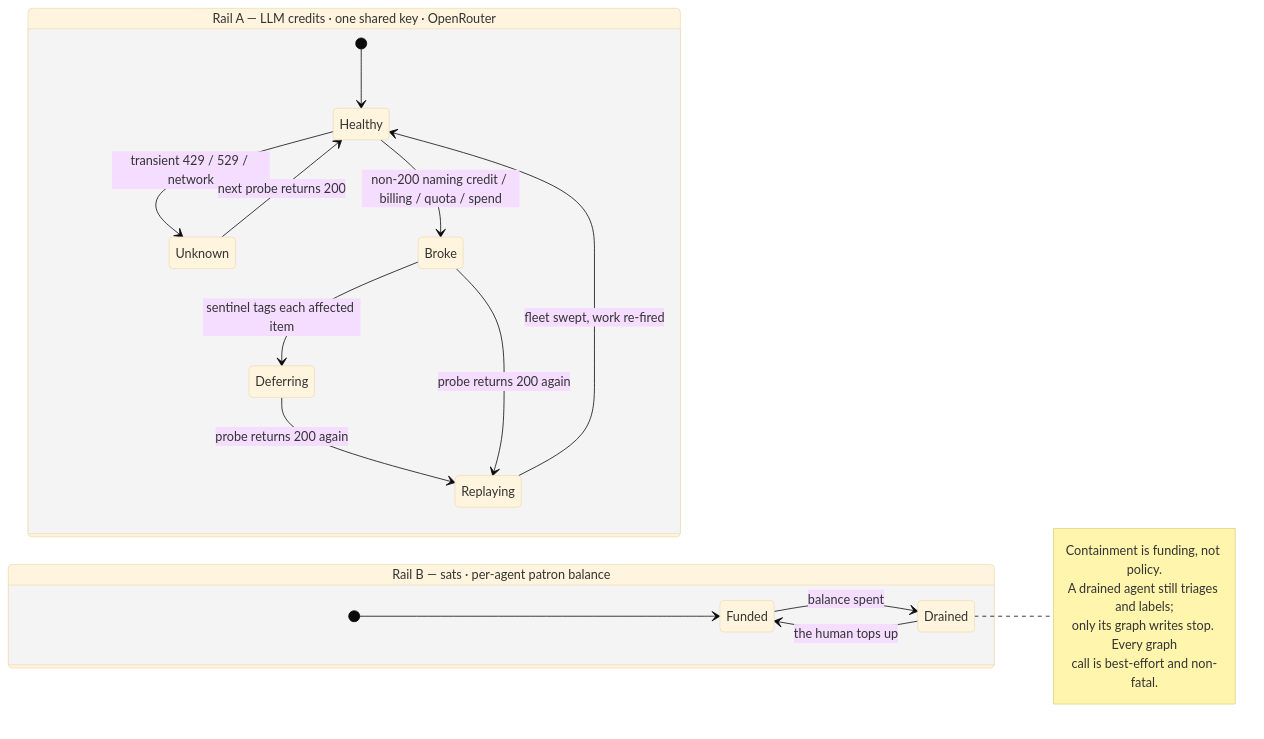
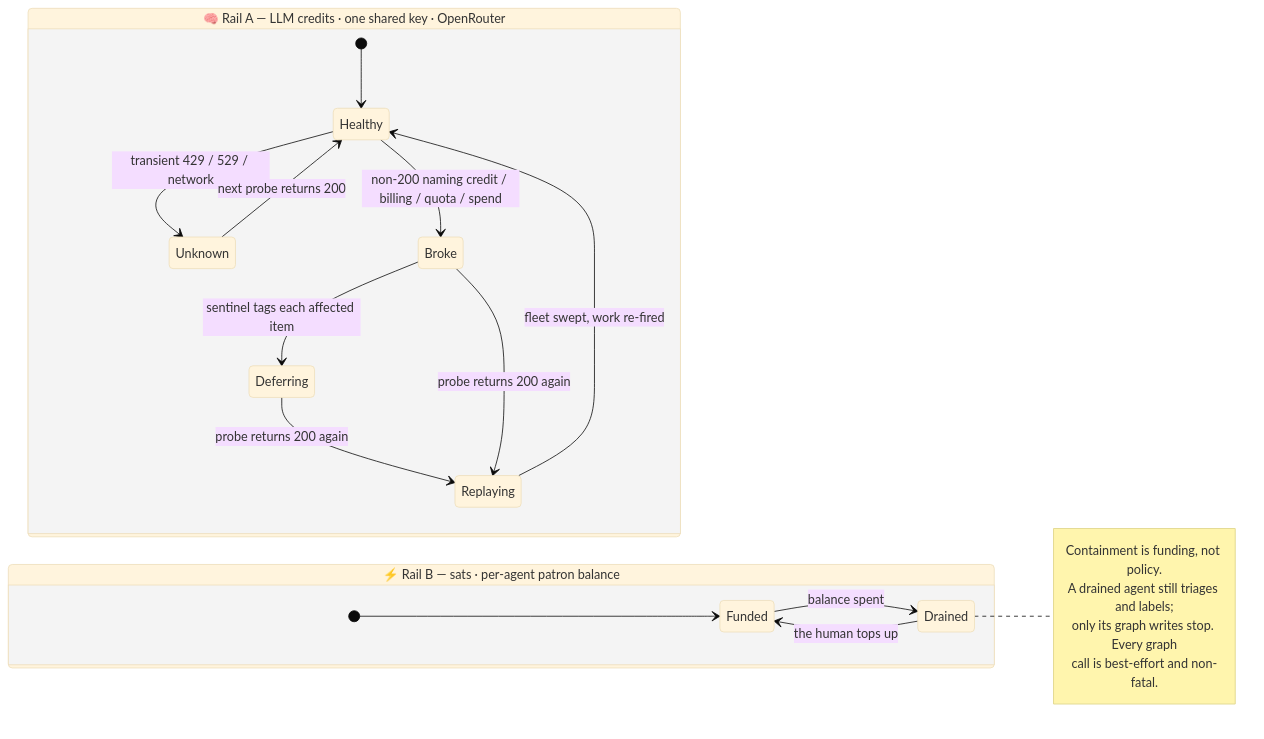
The fifth of 6 diagrams in docs/model/diagrams.md (lonniev/dpyc-community), drawn with Mermaid (base theme) before and after one commit. The commit also changed other lines of this file and 2 other files, not shown here.

First line of the commit message:
Widen the text, unindent the headings, and give the diagrams a visual language

````diff
--- a/docs/model/diagrams.md
+++ b/docs/model/diagrams.md
@@ -278,26 +308,26 @@
 ```mermaid
 stateDiagram-v2
     direction LR
-    state "Rail A — LLM credits · one shared key · OpenRouter" as RailA {
+    state "🧠 Rail A — LLM credits · one shared key · OpenRouter" as RailA {
         [*] --> Healthy
         Healthy --> Unknown: transient 429 / 529 / network
         Unknown --> Healthy: next probe returns 200
         Healthy --> Broke: non-200 naming credit / billing / quota / spend
         Broke --> Deferring: sentinel tags each affected item
         Deferring --> Replaying: probe returns 200 again
         Broke --> Replaying: probe returns 200 again
         Replaying --> Healthy: fleet swept, work re-fired
     }
 
-    state "Rail B — sats · per-agent patron balance" as RailB {
+    state "⚡ Rail B — sats · per-agent patron balance" as RailB {
         [*] --> Funded
         Funded --> Drained: balance spent
         Drained --> Funded: the human tops up
         note right of Drained
             Containment is funding, not policy.
             A drained agent still triages and labels;
             only its graph writes stop. Every graph
             call is best-effort and non-fatal.
         end note
     }
 ```
````
